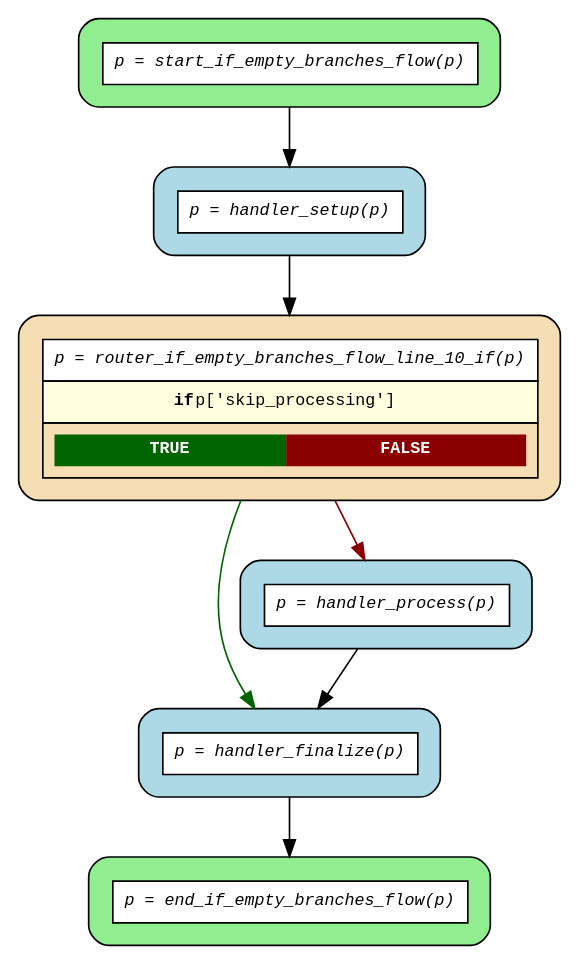
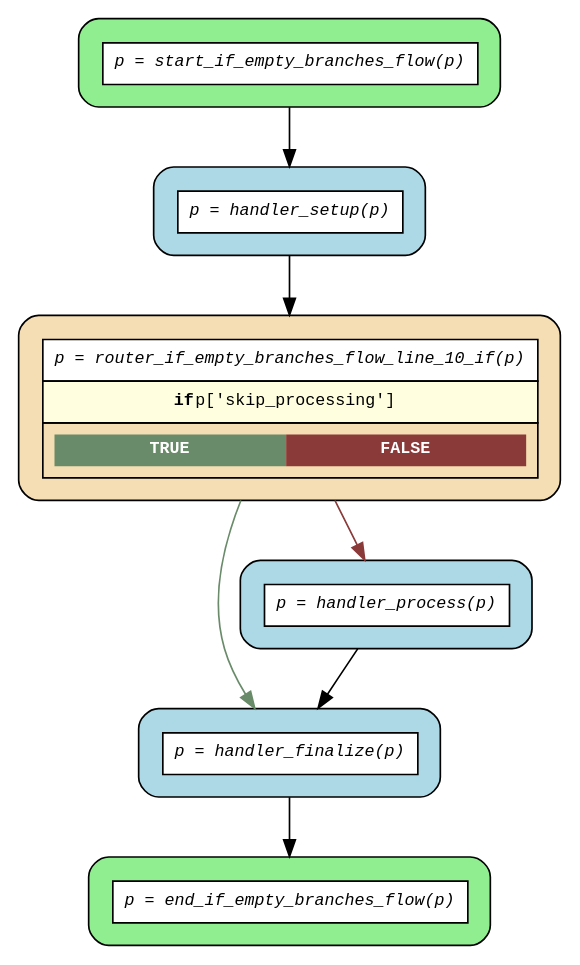
Before and after one commit to mrhillsman-enterprise-ai/asya: the diagram in examples/flows/compiled/if_one_empty_branch/flow.dot, drawn with Graphviz. The commit also changed 83 other files, not shown here.

First line of the commit message:
feat(flow): add try-except-finally support to Flow DSL compiler (#185)

```diff
--- a/examples/flows/compiled/if_one_empty_branch/flow.dot
+++ b/examples/flows/compiled/if_one_empty_branch/flow.dot
@@ -1,20 +1,20 @@
 digraph flow {
   rankdir=TB;
   graph [fontname="Courier", fontsize=10];
   node [fontname="Courier", fontsize=10, shape=box, style="filled,rounded", margin="0.2"];
   edge [fontname="Courier", fontsize=10];
 
   start_if_empty_branches_flow [fillcolor="lightgreen", label=<<table border="0" cellspacing="0" cellpadding="6" cellborder="1"><tr><td bgcolor="white" align="center"><i>p = start_if_empty_branches_flow(p)</i></td></tr></table>>];
-  router_if_empty_branches_flow_line_10_if [fillcolor="wheat", label=<<table border="0" cellspacing="0" cellpadding="6" cellborder="1"><tr><td bgcolor="white" align="center"><i>p = router_if_empty_branches_flow_line_10_if(p)</i></td></tr><tr><td bgcolor="lightyellow"><b>if</b> p['skip_processing']</td></tr><tr><td><table border="0" cellspacing="0" cellpadding="4"><tr><td bgcolor="darkgreen"><font color="white"><b>TRUE</b></font></td><td bgcolor="darkred"><font color="white"><b>FALSE</b></font></td></tr></table></td></tr></table>>];
+  router_if_empty_branches_flow_line_10_if [fillcolor="wheat", label=<<table border="0" cellspacing="0" cellpadding="6" cellborder="1"><tr><td bgcolor="white" align="center"><i>p = router_if_empty_branches_flow_line_10_if(p)</i></td></tr><tr><td bgcolor="lightyellow"><b>if</b> p['skip_processing']</td></tr><tr><td><table border="0" cellspacing="0" cellpadding="4"><tr><td bgcolor="darkseagreen4"><font color="white"><b>TRUE</b></font></td><td bgcolor="indianred4"><font color="white"><b>FALSE</b></font></td></tr></table></td></tr></table>>];
   end_if_empty_branches_flow [fillcolor="lightgreen", label=<<table border="0" cellspacing="0" cellpadding="6" cellborder="1"><tr><td bgcolor="white" align="center"><i>p = end_if_empty_branches_flow(p)</i></td></tr></table>>];
   handler_finalize [fillcolor="lightblue", label=<<table border="0" cellspacing="0" cellpadding="6" cellborder="1"><tr><td bgcolor="white" align="center"><i>p = handler_finalize(p)</i></td></tr></table>>];
   handler_process [fillcolor="lightblue", label=<<table border="0" cellspacing="0" cellpadding="6" cellborder="1"><tr><td bgcolor="white" align="center"><i>p = handler_process(p)</i></td></tr></table>>];
   handler_setup [fillcolor="lightblue", label=<<table border="0" cellspacing="0" cellpadding="6" cellborder="1"><tr><td bgcolor="white" align="center"><i>p = handler_setup(p)</i></td></tr></table>>];
 
   handler_finalize -> end_if_empty_branches_flow;
   handler_process -> handler_finalize;
   handler_setup -> router_if_empty_branches_flow_line_10_if;
-  router_if_empty_branches_flow_line_10_if -> handler_finalize [color=darkgreen];
-  router_if_empty_branches_flow_line_10_if -> handler_process [color=darkred];
+  router_if_empty_branches_flow_line_10_if -> handler_finalize [color=darkseagreen4];
+  router_if_empty_branches_flow_line_10_if -> handler_process [color=indianred4];
   start_if_empty_branches_flow -> handler_setup;
 }
```
